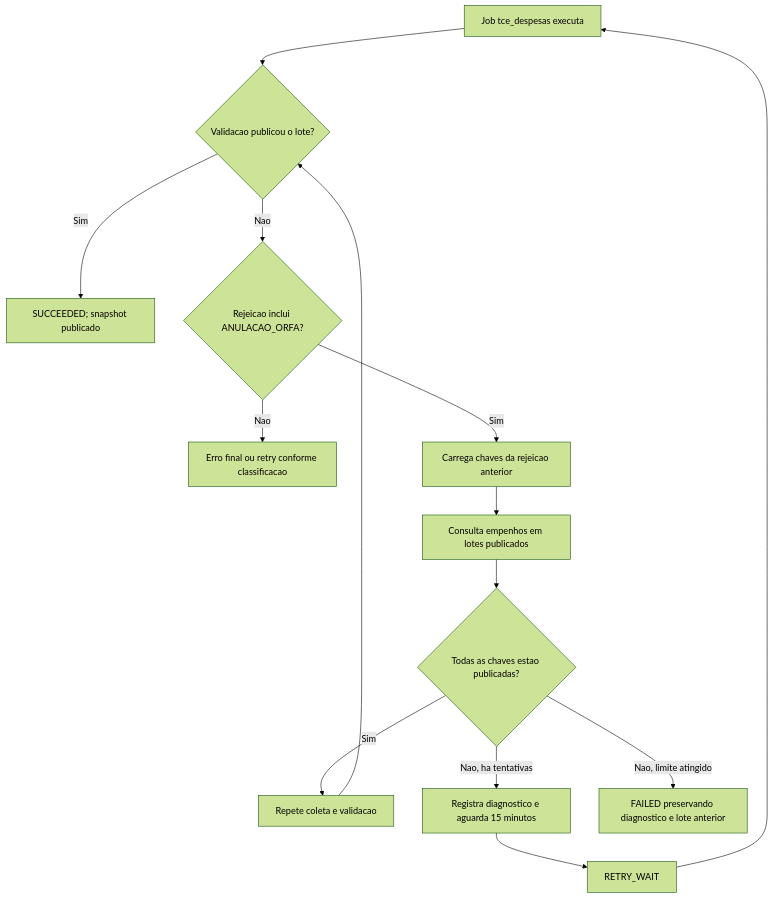
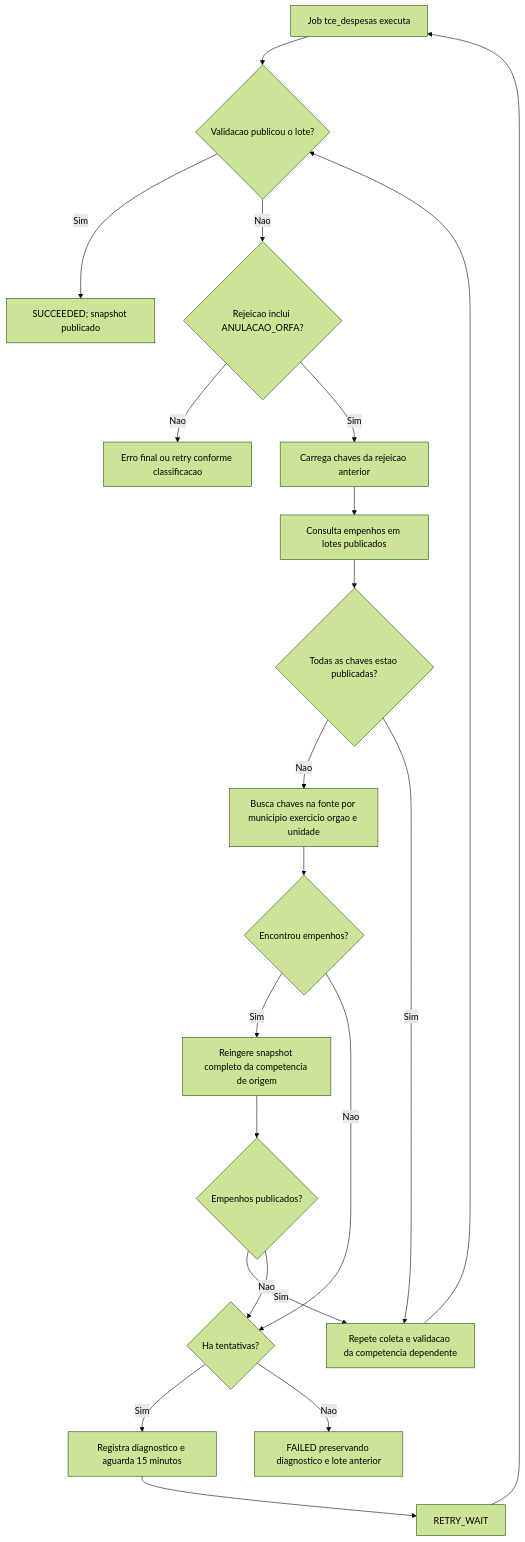
One commit to Amontada-Valley-Codes/monitoraME-pipeline-api changed the third of 3 diagrams in docs/jobs-tce.md. Above: the diagram before and after it, drawn with Mermaid (forest theme). The commit also changed other lines of this file and 3 other files, not shown here.

````diff
--- a/docs/jobs-tce.md
+++ b/docs/jobs-tce.md
@@ -75,16 +76,23 @@
 ```mermaid
 flowchart TD
     A[Job tce_despesas executa] --> B{Validacao publicou o lote?}
     B -- Sim --> C[SUCCEEDED; snapshot publicado]
     B -- Nao --> D{Rejeicao inclui ANULACAO_ORFA?}
     D -- Nao --> E[Erro final ou retry conforme classificacao]
     D -- Sim --> F[Carrega chaves da rejeicao anterior]
     F --> G[Consulta empenhos em lotes publicados]
     G --> H{Todas as chaves estao publicadas?}
-    H -- Sim --> I[Repete coleta e validacao]
-    I --> B
-    H -- Nao, ha tentativas --> J[Registra diagnostico e aguarda 15 minutos]
-    J --> K[RETRY_WAIT]
-    K --> A
-    H -- Nao, limite atingido --> L[FAILED preservando diagnostico e lote anterior]
+    H -- Nao --> I[Busca chaves na fonte por municipio exercicio orgao e unidade]
+    I --> J{Encontrou empenhos?}
+    J -- Sim --> K[Reingere snapshot completo da competencia de origem]
+    K --> L{Empenhos publicados?}
+    L -- Sim --> M[Repete coleta e validacao da competencia dependente]
+    M --> B
+    L -- Nao --> N{Ha tentativas?}
+    J -- Nao --> N
+    H -- Sim --> M
+    N -- Sim --> O[Registra diagnostico e aguarda 15 minutos]
+    O --> P[RETRY_WAIT]
+    P --> A
+    N -- Nao --> Q[FAILED preservando diagnostico e lote anterior]
 ```
````
